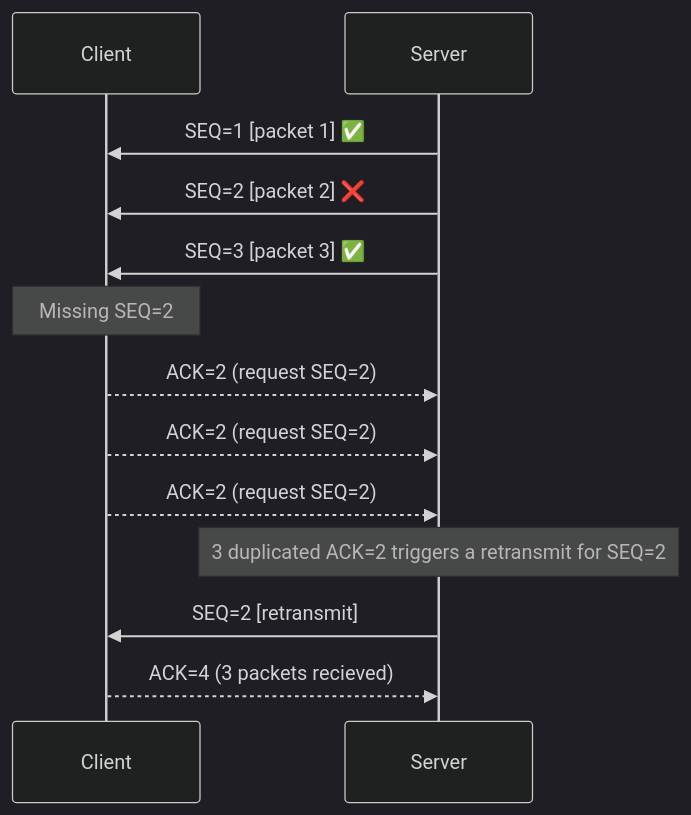
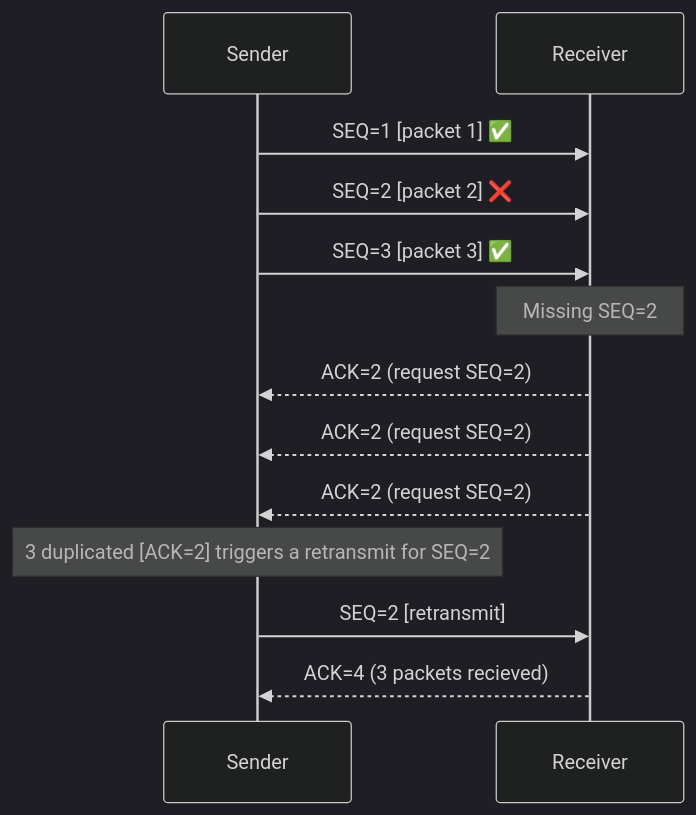
The second of 3 diagrams in docs/sections/tcp/readme.md (L0bstr/clawnet), drawn with Mermaid (dark theme) before and after one commit. The commit also changed other lines of this file and 7 other files, not shown here.

````diff
--- a/docs/sections/tcp/readme.md
+++ b/docs/sections/tcp/readme.md
@@ -52,19 +55,19 @@
 ```mermaid
 sequenceDiagram
-    participant C as Client
-    participant S as Server
+participant S as Sender
+    participant R as Receiver
 
-    S->>C: SEQ=1 [packet 1] ✅
-    S->>C: SEQ=2 [packet 2] ❌
-    S->>C: SEQ=3 [packet 3] ✅
+    S->>R: SEQ=1 [packet 1] ✅
+    S->>R: SEQ=2 [packet 2] ❌
+    S->>R: SEQ=3 [packet 3] ✅
 
-    Note over C: Missing SEQ=2
-    C-->>S: ACK=2 (request SEQ=2)
-    C-->>S: ACK=2 (request SEQ=2)
-    C-->>S: ACK=2 (request SEQ=2)
+    Note over R: Missing SEQ=2
+    R-->>S: ACK=2 (request SEQ=2)
+    R-->>S: ACK=2 (request SEQ=2)
+    R-->>S: ACK=2 (request SEQ=2)
 
-    Note over S: 3 duplicated ACK=2 triggers a retransmit for SEQ=2
-    S->>C: SEQ=2 [retransmit]
+    Note over S: 3 duplicated [ACK=2] triggers a retransmit for SEQ=2
+    S->>R: SEQ=2 [retransmit]
 
-    C-->>S: ACK=4 (3 packets recieved)
+    R-->>S: ACK=4 (3 packets recieved)
 ```
````
